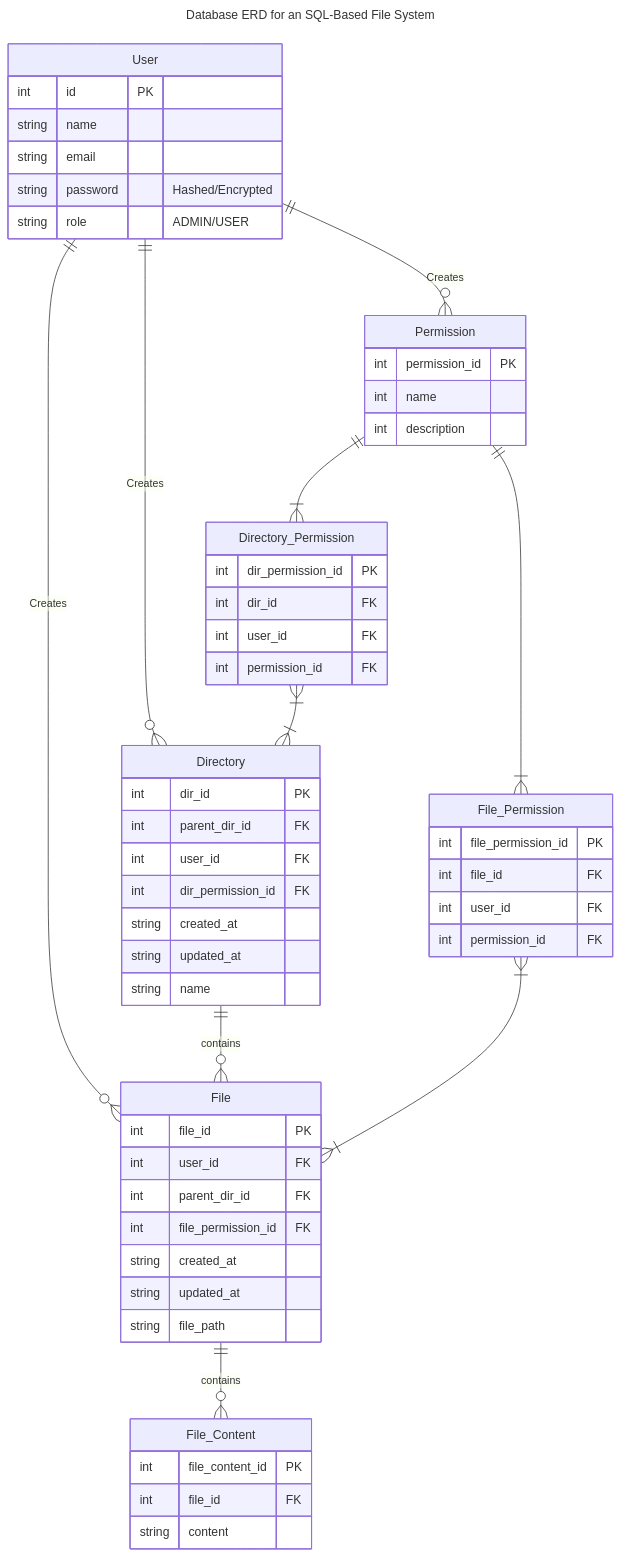
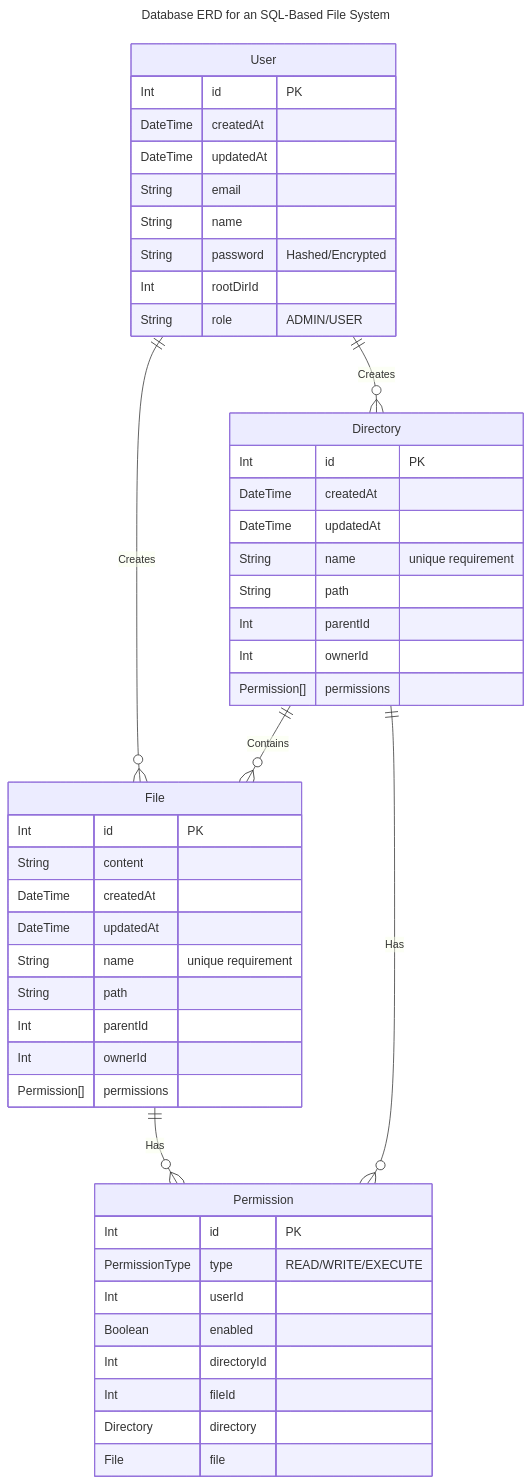
Before and after one commit to amdy87/MySQL-Filesystem: the second of 5 diagrams in README.md, drawn with Mermaid. The commit also changed other lines of this file, not shown here.

Commit message:
Update ERDiagram

````diff
--- a/README.md
+++ b/README.md
@@ -264,72 +264,60 @@
 ```mermaid
 ---
 title: Database ERD for an SQL-Based File System
 ---
 
 erDiagram
     User ||--o{ File : "Creates"
     User ||--o{ Directory: "Creates"
-    User ||--o{ Permission: "Creates"
-    Directory ||--o{ File : "contains"
-    File ||--o{ File_Content : "contains"
-    Permission ||--|{ File_Permission: ""
-    Permission ||--|{ Directory_Permission: ""
-    File_Permission }|--|{ File: ""
-    Directory_Permission }|--|{ Directory: ""
+    Directory ||--o{ File : "Contains"
+    Directory ||--o{ Permission: "Has"
+    File ||--o{ Permission: "Has"
 
     User {
-        int id PK
-        string name
-        string email
-        string password "Hashed/Encrypted"
-        string role "ADMIN/USER"
+        Int id "PK"
+        DateTime createdAt
+        DateTime updatedAt 
+        String email
+        String name
+        String password "Hashed/Encrypted"
+        Int rootDirId
+        String role "ADMIN/USER"
     }
 
     Permission {
-        int permission_id PK
-        int name
-        int description
+        Int id "PK"
+        PermissionType type "READ/WRITE/EXECUTE"
+        Int userId
+        Boolean enabled
+        Int directoryId
+        Int fileId
+        Directory directory
+        File file
     }
 
     File {
-        int file_id PK
-        int user_id FK
-        int parent_dir_id FK
-        int file_permission_id FK
-        string created_at
-        string updated_at
-        string file_path
-    }
-    File_Permission {
-        int file_permission_id PK
-        int file_id FK
-        int user_id FK
-        int permission_id FK
-    }
-    
-    Directory_Permission {
-        int dir_permission_id PK
-        int dir_id FK
-        int user_id FK
-        int permission_id FK
+        Int id "PK"
+        String content
+        DateTime createdAt
+        DateTime updatedAt
+        String name "unique requirement"
+        String path
+        Int parentId
+        Int ownerId
+        Permission[] permissions
     }
 
     Directory {
-        int dir_id PK
-        int parent_dir_id FK
-        int user_id FK
-        int dir_permission_id FK
-        string created_at
-        string updated_at
-        string name
-    }
-
-    File_Content {
-        int file_content_id PK
-        int file_id FK
-        string content
+        Int id "PK"
+        DateTime createdAt
+        DateTime updatedAt
+        String name "unique requirement"
+        String path
+        Int parentId
+        Int ownerId
+        Permission[] permissions
     }
 
 
 
 ```
````
